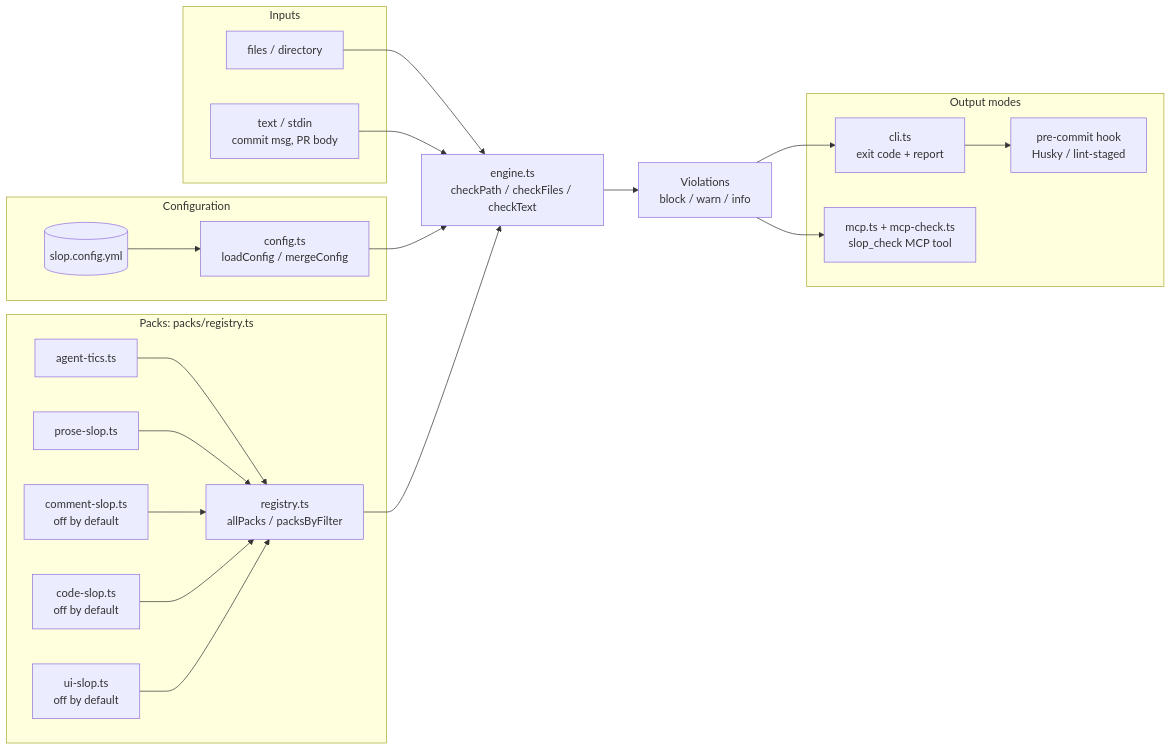
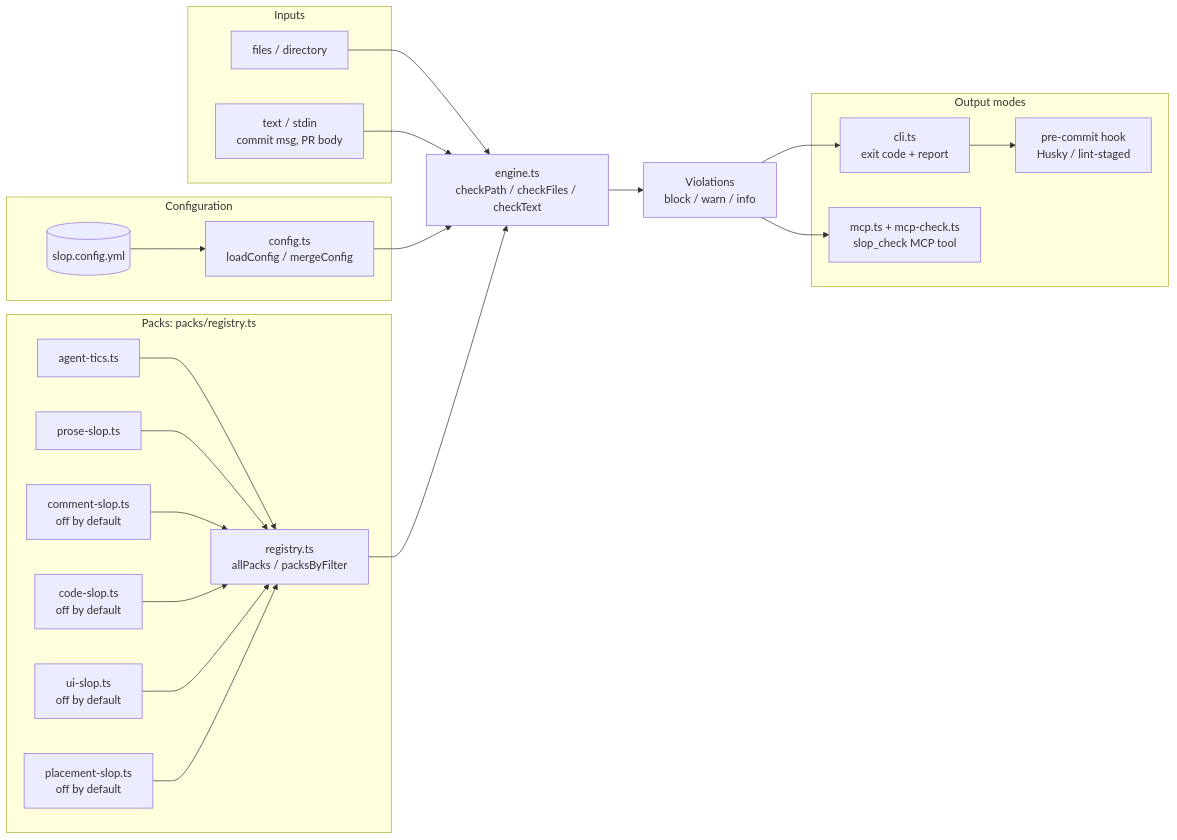
The diagram in packages/slop-detector/README.md (LanNguyenSi/agent-dx), drawn with Mermaid before and after one commit. The commit also changed other lines of this file and 16 other files, not shown here.

First line of the commit message:
feat(slop-detector): add placement-slop pack (0.3.0) (#118)

````diff
--- a/packages/slop-detector/README.md
+++ b/packages/slop-detector/README.md
@@ -130,45 +184,47 @@
 ```mermaid
 flowchart LR
     subgraph In["Inputs"]
         A["files / directory"]
         B["text / stdin<br/>commit msg, PR body"]
     end
 
     subgraph Cfg["Configuration"]
         C[("slop.config.yml")]
         D["config.ts<br/>loadConfig / mergeConfig"]
     end
 
     subgraph Packs["Packs: packs/registry.ts"]
         E["registry.ts<br/>allPacks / packsByFilter"]
         F["agent-tics.ts"]
         G["prose-slop.ts"]
         H["comment-slop.ts<br/>off by default"]
         I["code-slop.ts<br/>off by default"]
         J["ui-slop.ts<br/>off by default"]
+        P["placement-slop.ts<br/>off by default"]
     end
 
     K["engine.ts<br/>checkPath / checkFiles / checkText"]
     L["Violations<br/>block / warn / info"]
 
     subgraph Out["Output modes"]
         M["cli.ts<br/>exit code + report"]
         N["mcp.ts + mcp-check.ts<br/>slop_check MCP tool"]
         O["pre-commit hook<br/>Husky / lint-staged"]
     end
 
     A --> K
     B --> K
     C --> D
     D --> K
     F --> E
     G --> E
     H --> E
     I --> E
     J --> E
+    P --> E
     E --> K
     K --> L
     L --> M
     L --> N
     M --> O
 ```
````
